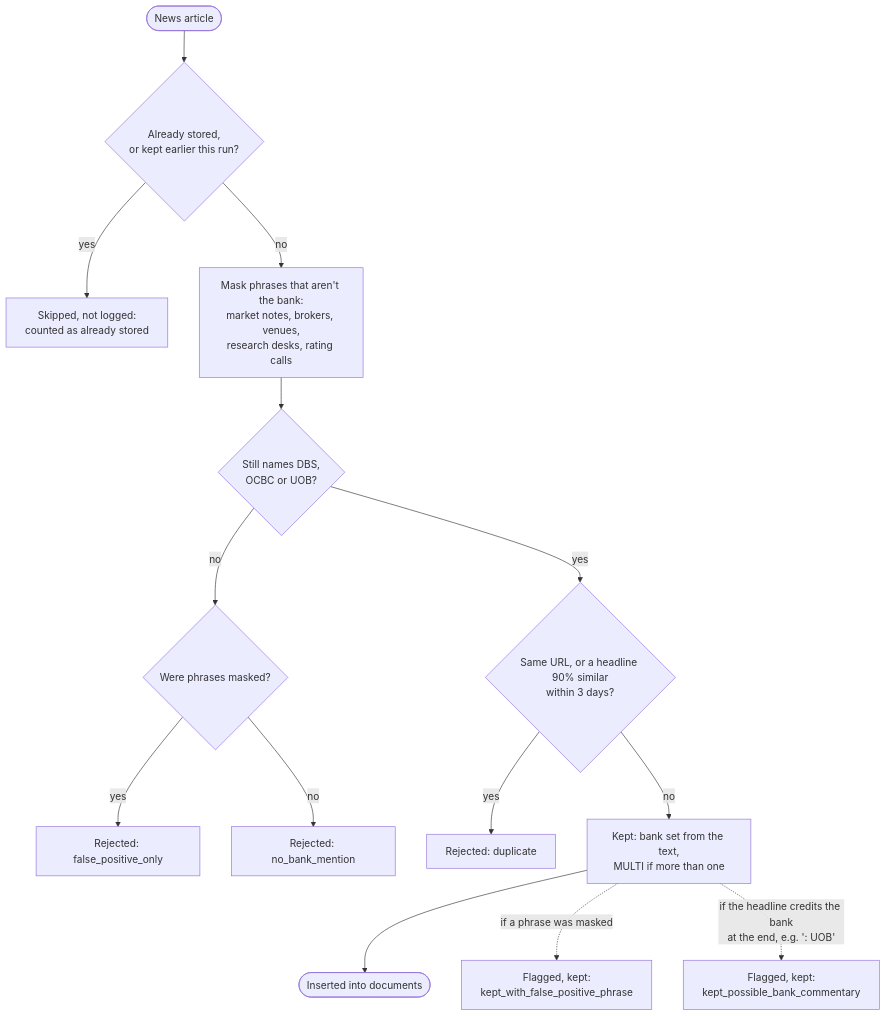
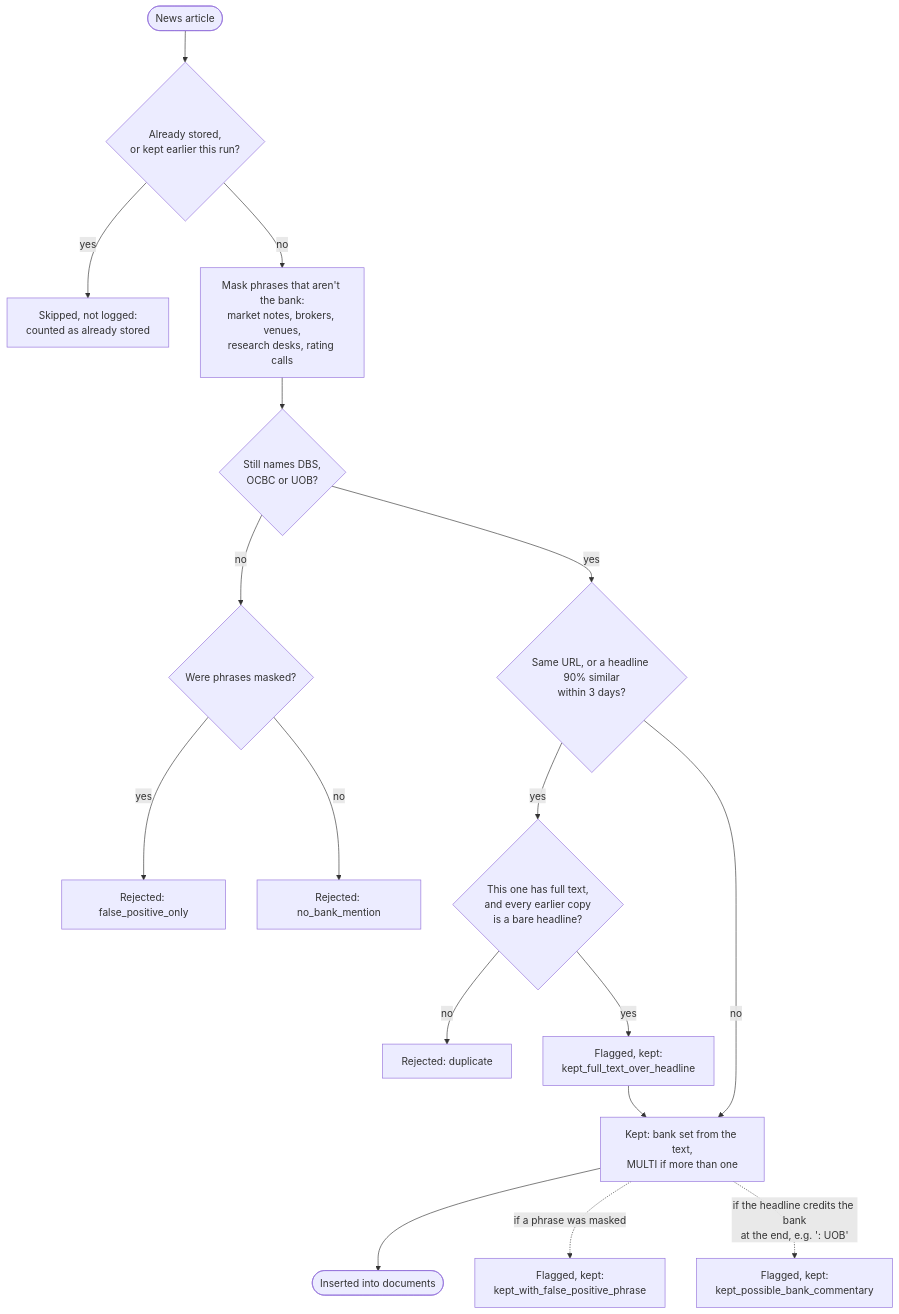
One commit to Gavingyh/plp-project changed the diagram in docs/diagrams/src/11-news-filter.mmd. Above: the diagram before and after it, drawn with Mermaid. The commit also changed 26 other files, not shown here.

First line of the commit message:
Document the CNA load and show CNA in the diagrams

```diff
--- a/docs/diagrams/src/11-news-filter.mmd
+++ b/docs/diagrams/src/11-news-filter.mmd
@@ -1,30 +1,34 @@
 flowchart TB
   accTitle: News filter decisions
-  accDescr: An article already stored is skipped. Otherwise non-bank phrases are masked; an article naming no bank is rejected; a duplicate is rejected; otherwise it is kept, with flags for masked phrases and possible bank commentary.
+  accDescr: An article already stored is skipped. Otherwise non-bank phrases are masked; an article naming no bank is rejected; a duplicate is rejected, unless the article has full text and the only earlier copy is a bare headline; otherwise it is kept, with flags for masked phrases and possible bank commentary.
 
   a(["News article"])
   stored{"Already stored,<br/>or kept earlier this run?"}
   skip["Skipped, not logged:<br/>counted as already stored"]
   mask["Mask phrases that aren't the bank:<br/>market notes, brokers, venues,<br/>research desks, rating calls"]
   named{"Still names DBS,<br/>OCBC or UOB?"}
   why{"Were phrases masked?"}
   r1["Rejected: false_positive_only"]
   r2["Rejected: no_bank_mention"]
   dup{"Same URL, or a headline 90% similar<br/>within 3 days?"}
   r3["Rejected: duplicate"]
+  fuller{"This one has full text,<br/>and every earlier copy<br/>is a bare headline?"}
+  f3["Flagged, kept:<br/>kept_full_text_over_headline"]
   keep["Kept: bank set from the text,<br/>MULTI if more than one"]
   f1["Flagged, kept:<br/>kept_with_false_positive_phrase"]
   f2["Flagged, kept:<br/>kept_possible_bank_commentary"]
   ins(["Inserted into documents"])
 
   a --> stored
   stored -- yes --> skip
   stored -- no --> mask --> named
   named -- no --> why
   why -- yes --> r1
   why -- no --> r2
   named -- yes --> dup
-  dup -- yes --> r3
+  dup -- yes --> fuller
+  fuller -- no --> r3
+  fuller -- yes --> f3 --> keep
   dup -- no --> keep --> ins
   keep -. "if a phrase was masked" .-> f1
   keep -. "if the headline credits the bank<br/>at the end, e.g. ': UOB'" .-> f2
```
